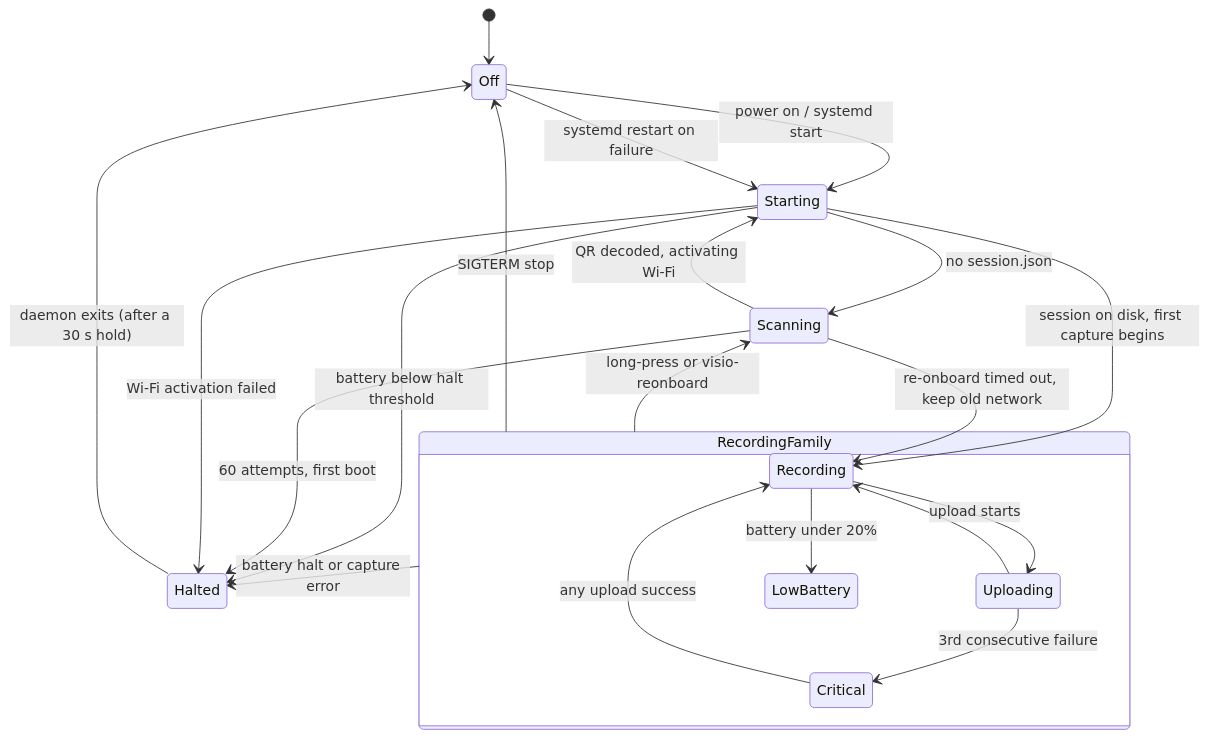
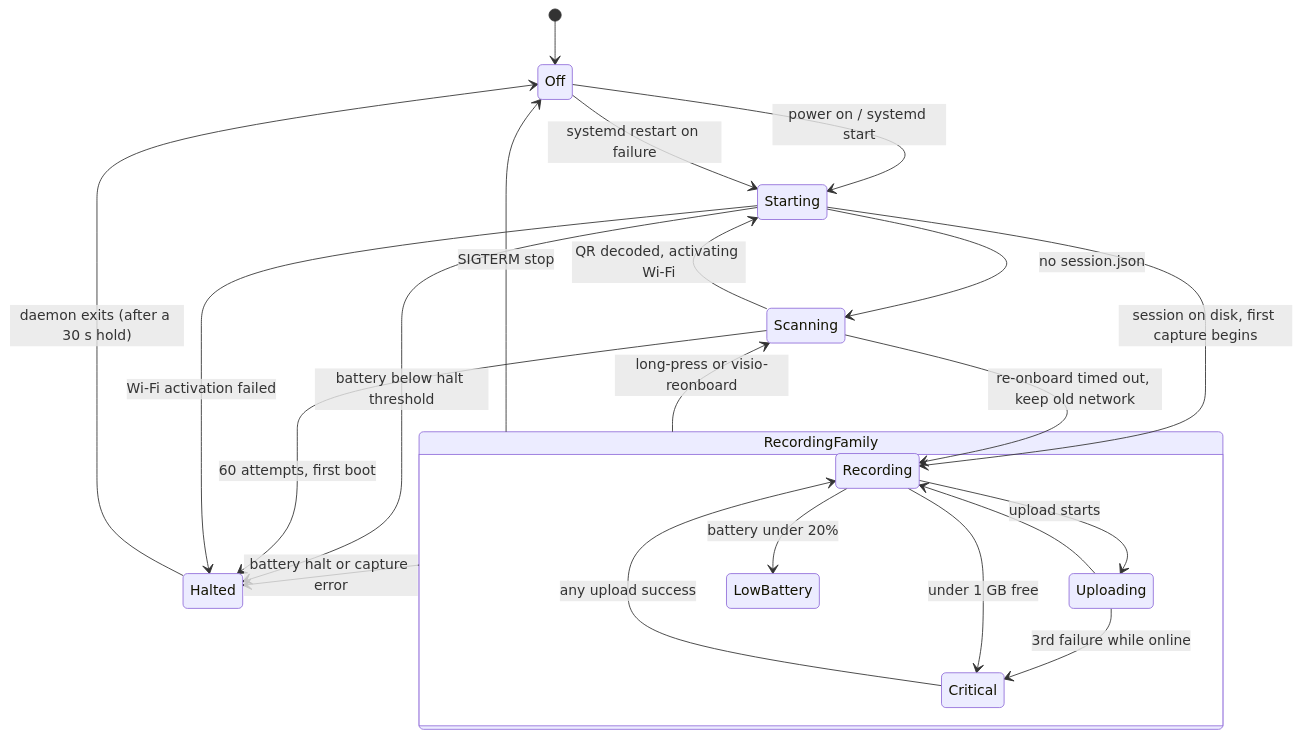
The diagram in docs/superpowers/specs/2026-07-04-visio-pendant-design.md (vietwillnguyen/vision), drawn with Mermaid before and after one commit. The commit also changed other lines of this file and 2 other files, not shown here.

First line of the commit message:
docs: reserve the critical led for problems that need the wearer

````diff
--- a/docs/superpowers/specs/2026-07-04-visio-pendant-design.md
+++ b/docs/superpowers/specs/2026-07-04-visio-pendant-design.md
@@ -301,24 +302,25 @@
 ```mermaid
 stateDiagram-v2
     [*] --> Off
     Off --> Starting: power on / systemd start
     Starting --> Halted: battery below halt threshold
     Starting --> Scanning: no session.json
     Starting --> Recording: session on disk, first capture begins
     Scanning --> Starting: QR decoded, activating Wi-Fi
     Scanning --> Halted: 60 attempts, first boot
     Scanning --> Recording: re-onboard timed out, keep old network
     Starting --> Halted: Wi-Fi activation failed
     state RecordingFamily {
         Recording --> Uploading: upload starts
         Uploading --> Recording
         Recording --> LowBattery: battery under 20%
-        Uploading --> Critical: 3rd consecutive failure
+        Uploading --> Critical: 3rd failure while online
+        Recording --> Critical: under 1 GB free
         Critical --> Recording: any upload success
     }
     RecordingFamily --> Scanning: long-press or visio-reonboard
     RecordingFamily --> Halted: battery halt or capture error
     RecordingFamily --> Off: SIGTERM stop
     Halted --> Off: daemon exits (after a 30 s hold)
     Off --> Starting: systemd restart on failure
 ```
````
